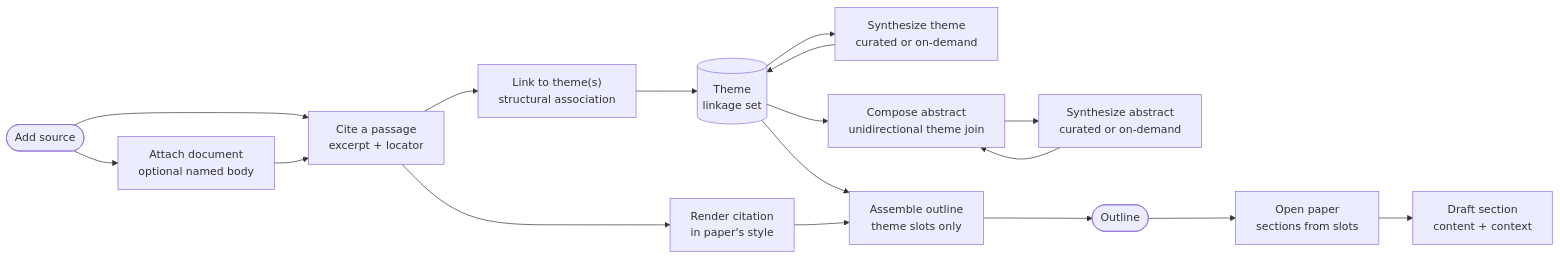
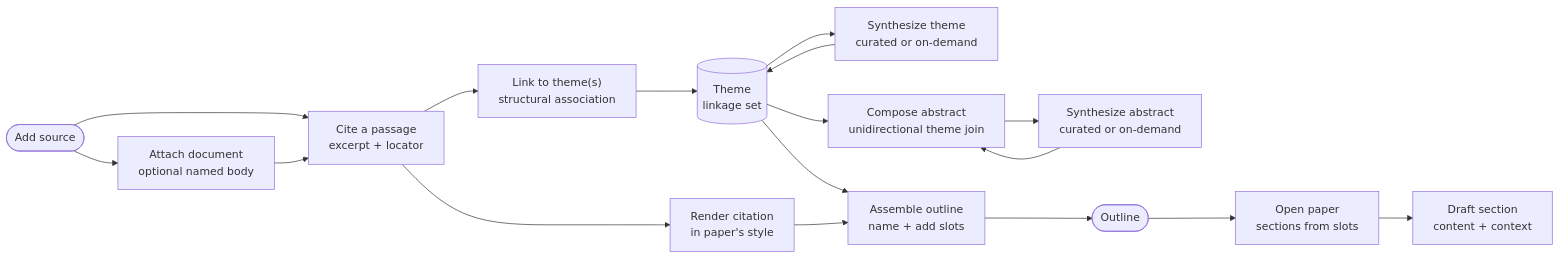
The diagram in docs/core-domain-distillation.md (Ashatz/tiferet-lit-review), drawn with Mermaid before and after one commit. The commit also changed other lines of this file and 4 other files, not shown here.

Commit message:
docs(config): user-placed outline slots, not an LLM assemble

````diff
--- a/docs/core-domain-distillation.md
+++ b/docs/core-domain-distillation.md
@@ -433,19 +454,19 @@
 ```mermaid
 flowchart LR
   SRC([Add source]) --> ATT["Attach document<br/>optional named body"]
   SRC --> CITE["Cite a passage<br/>excerpt + locator"]
   ATT --> CITE
   CITE --> LINK["Link to theme(s)<br/>structural association"]
   LINK --> THEME[("Theme<br/>linkage set")]
   THEME --> SYNTH["Synthesize theme<br/>curated or on-demand"]
   SYNTH --> THEME
   THEME --> ABS["Compose abstract<br/>unidirectional theme join"]
   ABS --> ABSYN["Synthesize abstract<br/>curated or on-demand"]
   ABSYN --> ABS
-  THEME --> ASM["Assemble outline<br/>theme slots only"]
+  THEME --> ASM["Assemble outline<br/>name + add slots"]
   CITE --> REND["Render citation<br/>in paper's style"]
   REND --> ASM
   ASM --> OUT([Outline])
   OUT --> PAP["Open paper<br/>sections from slots"]
   PAP --> DRAFT["Draft section<br/>content + context"]
 ```
````
